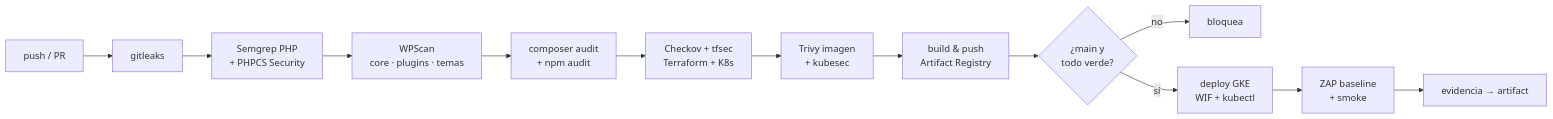
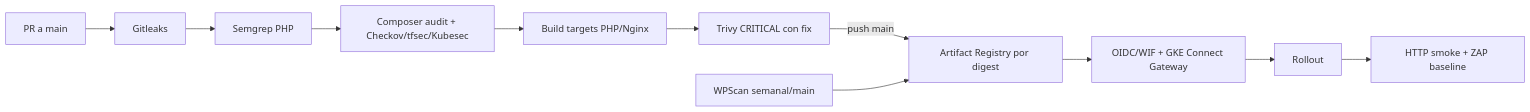
The diagram in docs/03-devsecops/pipeline.md (Joliva07/ProyectoFinal_SeguridadEnAplicaciones), drawn with Mermaid before and after one commit. The commit also changed other lines of this file and 62 other files, not shown here.

````diff
--- a/docs/03-devsecops/pipeline.md
+++ b/docs/03-devsecops/pipeline.md
@@ -11,15 +9,13 @@
 ```mermaid
 flowchart LR
-    A["push / PR"] --> B["gitleaks"]
-    B --> C["Semgrep PHP<br/>+ PHPCS Security"]
-    C --> D["WPScan<br/>core · plugins · temas"]
-    D --> E["composer audit<br/>+ npm audit"]
-    E --> F["Checkov + tfsec<br/>Terraform + K8s"]
-    F --> G["Trivy imagen<br/>+ kubesec"]
-    G --> H["build & push<br/>Artifact Registry"]
-    H --> I{"¿main y<br/>todo verde?"}
-    I -->|no| X["bloquea"]
-    I -->|sí| J["deploy GKE<br/>WIF + kubectl"]
-    J --> K["ZAP baseline<br/>+ smoke"]
-    K --> L["evidencia → artifact"]
+    A[PR a main] --> B[Gitleaks]
+    B --> C[Semgrep PHP]
+    C --> D[Composer audit + Checkov/tfsec/Kubesec]
+    D --> E[Build targets PHP/Nginx]
+    E --> F[Trivy CRITICAL con fix]
+    F -->|push main| G[Artifact Registry por digest]
+    G --> H[OIDC/WIF + GKE Connect Gateway]
+    H --> I[Rollout]
+    I --> J[HTTP smoke + ZAP baseline]
+    K[WPScan semanal/main] --> G
 ```
````
